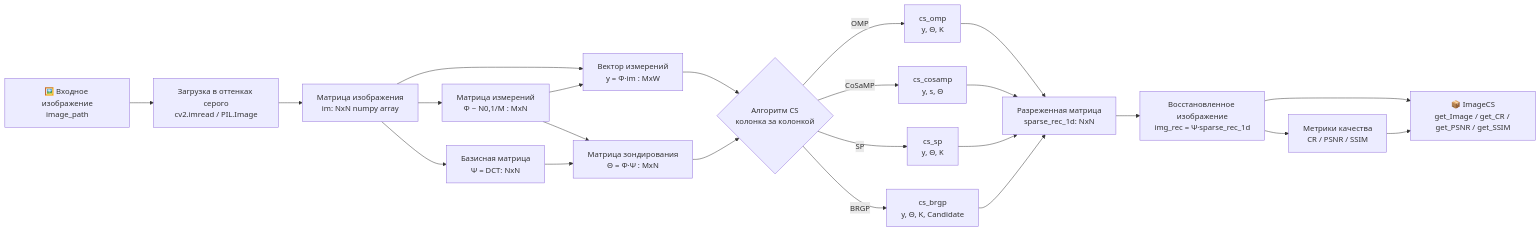
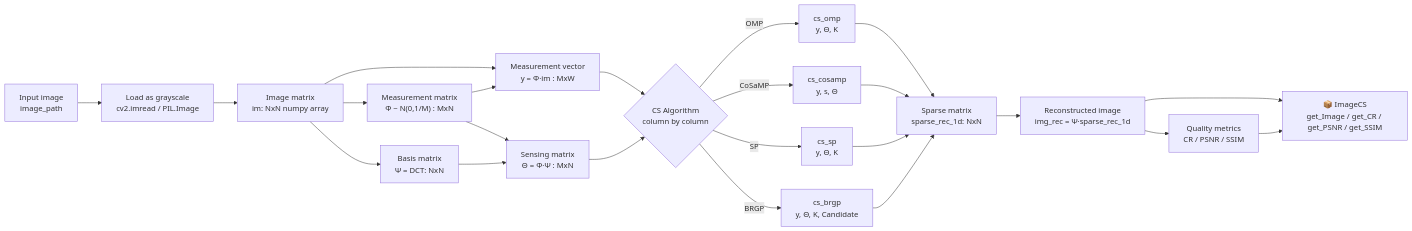
One commit to Pumukun/compressive-sensing changed the third of 3 diagrams in DOCUMENTATION.md. Above: the diagram before and after it, drawn with Mermaid. The commit also changed other lines of this file, not shown here.

First line of the commit message:
Translate DOCUMENTATION.md to English; replace algorithm flowcharts with pseudocode

````diff
--- a/DOCUMENTATION.md
+++ b/DOCUMENTATION.md
@@ -261,18 +261,18 @@
 ```mermaid
 flowchart LR
-    A[🖼️ Входное изображение\nimage_path] --> B[Загрузка в оттенках серого\ncv2.imread / PIL.Image]
-    B --> C[Матрица изображения\nim: NxN numpy array]
-    C --> D[Матрица измерений\nΦ ~ N0,1/M : MxN]
-    C --> E[Базисная матрица\nΨ = DCT: NxN]
-    D & E --> F[Матрица зондирования\nΘ = Φ·Ψ : MxN]
-    C & D --> G[Вектор измерений\ny = Φ·im : MxW]
-    G & F --> H{Алгоритм CS\nколонка за колонкой}
-    H --> |OMP| I1[cs_omp\ny, Θ, K]
-    H --> |CoSaMP| I2[cs_cosamp\ny, s, Θ]
-    H --> |SP| I3[cs_sp\ny, Θ, K]
-    H --> |BRGP| I4[cs_brgp\ny, Θ, K, Candidate]
-    I1 & I2 & I3 & I4 --> J[Разреженная матрица\nsparse_rec_1d: NxN]
-    J --> K[Восстановленное изображение\nimg_rec = Ψ·sparse_rec_1d]
-    K --> L[Метрики качества\nCR / PSNR / SSIM]
-    K & L --> M[📦 ImageCS\nget_Image / get_CR / get_PSNR / get_SSIM]
+    A["Input image\nimage_path"] --> B["Load as grayscale\ncv2.imread / PIL.Image"]
+    B --> C["Image matrix\nim: NxN numpy array"]
+    C --> D["Measurement matrix\nΦ ~ N(0,1/M) : MxN"]
+    C --> E["Basis matrix\nΨ = DCT: NxN"]
+    D & E --> F["Sensing matrix\nΘ = Φ·Ψ : MxN"]
+    C & D --> G["Measurement vector\ny = Φ·im : MxW"]
+    G & F --> H{"CS Algorithm\ncolumn by column"}
+    H --> |OMP| I1["cs_omp\ny, Θ, K"]
+    H --> |CoSaMP| I2["cs_cosamp\ny, s, Θ"]
+    H --> |SP| I3["cs_sp\ny, Θ, K"]
+    H --> |BRGP| I4["cs_brgp\ny, Θ, K, Candidate"]
+    I1 & I2 & I3 & I4 --> J["Sparse matrix\nsparse_rec_1d: NxN"]
+    J --> K["Reconstructed image\nimg_rec = Ψ·sparse_rec_1d"]
+    K --> L["Quality metrics\nCR / PSNR / SSIM"]
+    K & L --> M["📦 ImageCS\nget_Image / get_CR / get_PSNR / get_SSIM"]
 ```
````
